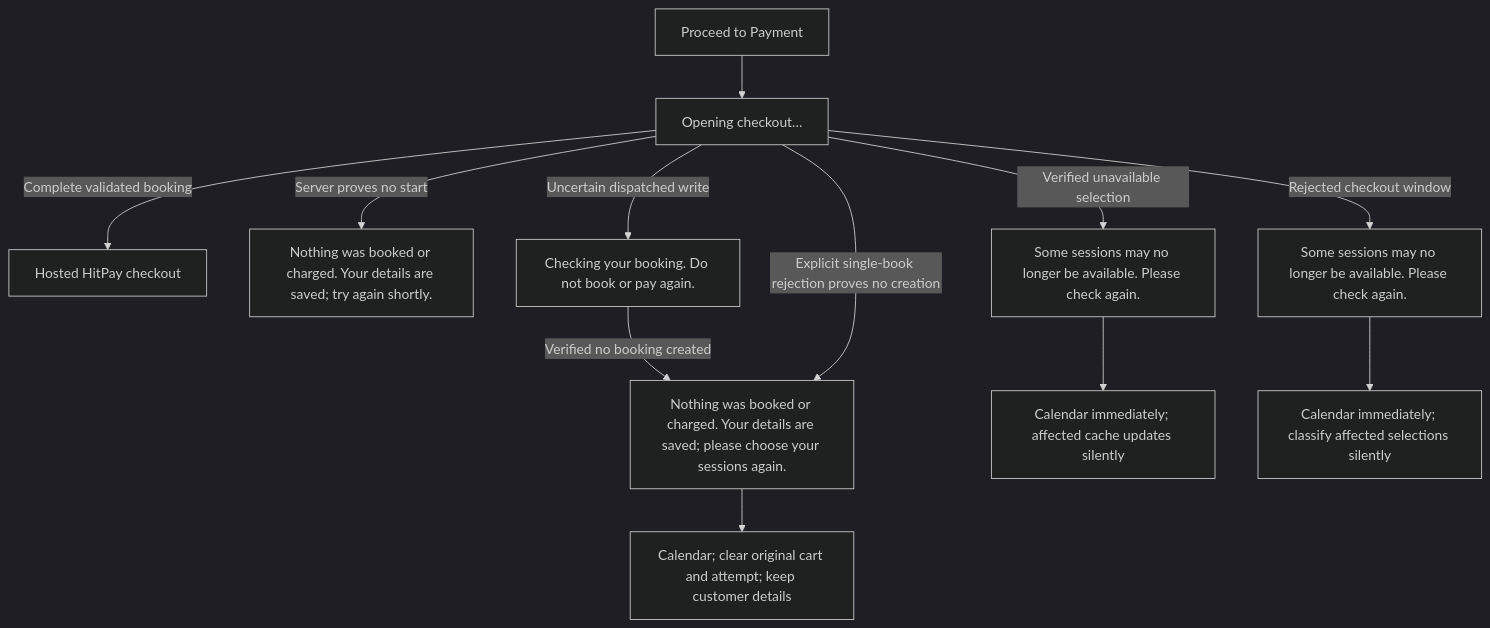
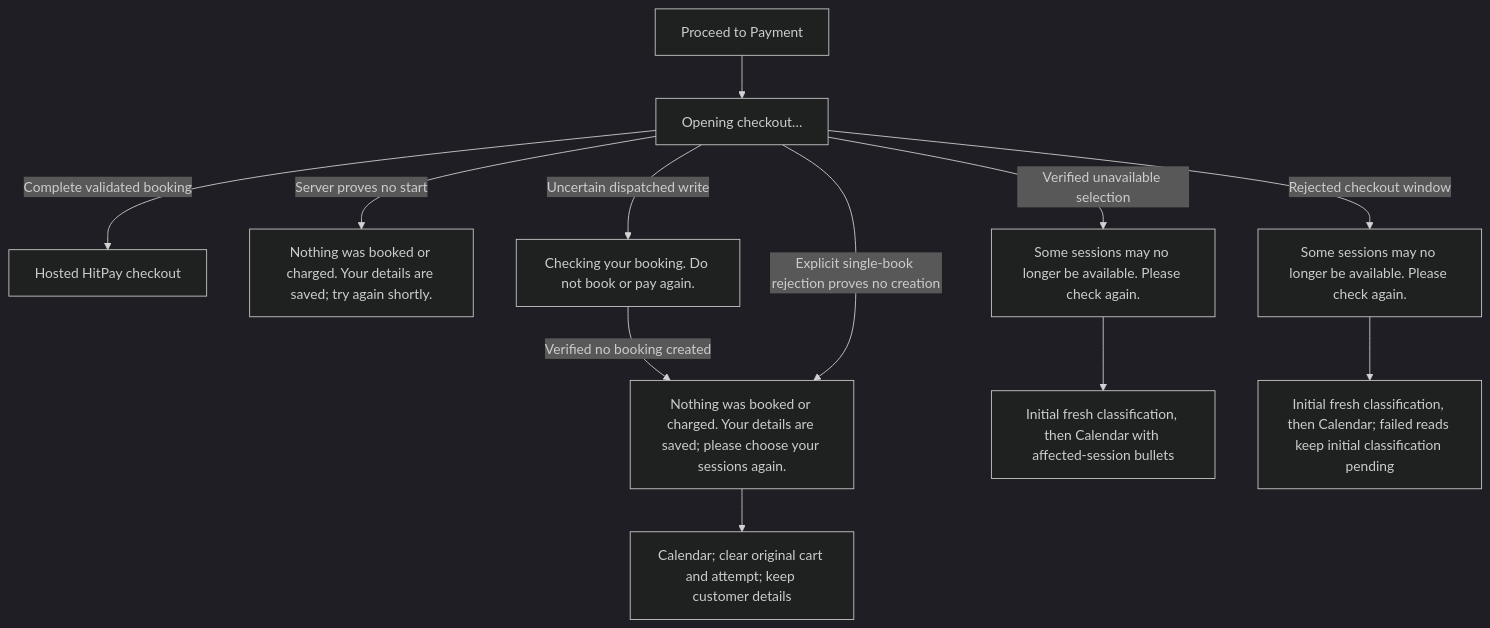
The sixth of 19 diagrams in docs/booking-flows.md (soccerbotstudiosg/soccerbotstudioSG), drawn with Mermaid (dark theme) before and after one commit. The commit also changed other lines of this file and 18 other files, not shown here.

````diff
--- a/docs/booking-flows.md
+++ b/docs/booking-flows.md
@@ -107,14 +107,14 @@
 ```mermaid
 flowchart TD
   A["Proceed to Payment"] --> B["Opening checkout…"]
   B -->|Complete validated booking| C["Hosted HitPay checkout"]
   B -->|Server proves no start| D["Nothing was booked or charged. Your details are saved; try again shortly."]
   B -->|Uncertain dispatched write| E["Checking your booking. Do not book or pay again."]
   E -->|Verified no booking created| J["Nothing was booked or charged. Your details are saved; please choose your sessions again."]
   B -->|Explicit single-book rejection proves no creation| J
   J --> K["Calendar; clear original cart and attempt; keep customer details"]
   B -->|Verified unavailable selection| F["Some sessions may no longer be available. Please check again."]
-  F --> G["Calendar immediately; affected cache updates silently"]
+  F --> G["Initial fresh classification, then Calendar with affected-session bullets"]
   B -->|Rejected checkout window| H["Some sessions may no longer be available. Please check again."]
-  H --> I["Calendar immediately; classify affected selections silently"]
+  H --> I["Initial fresh classification, then Calendar; failed reads keep initial classification pending"]
 ```
````
